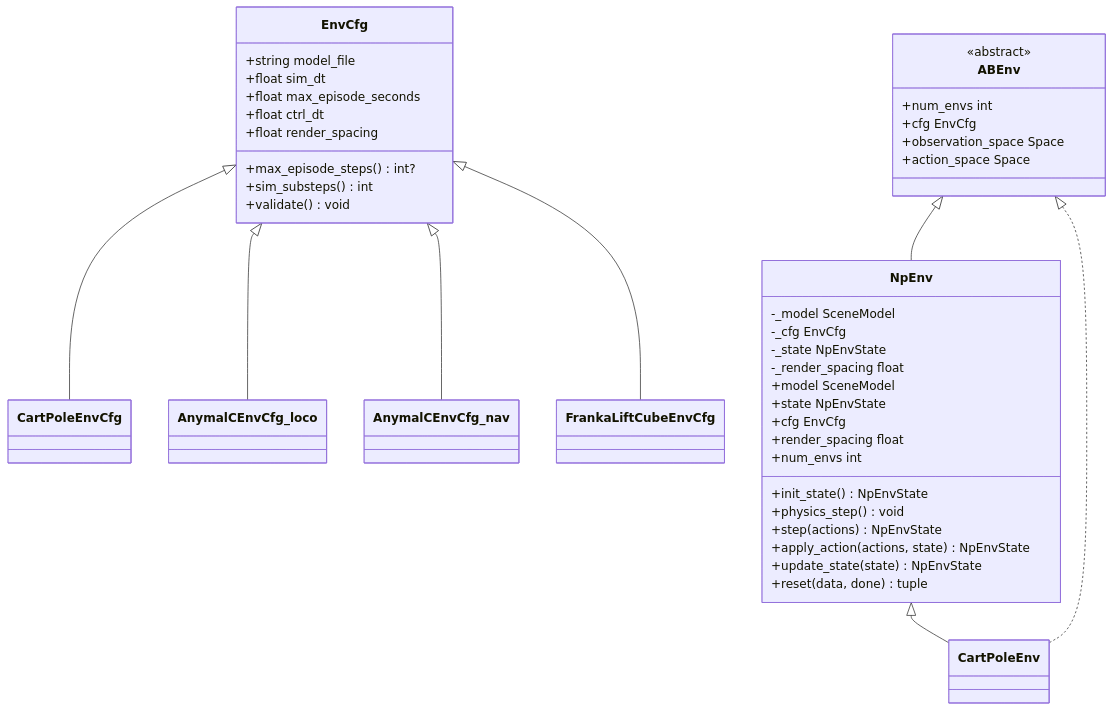
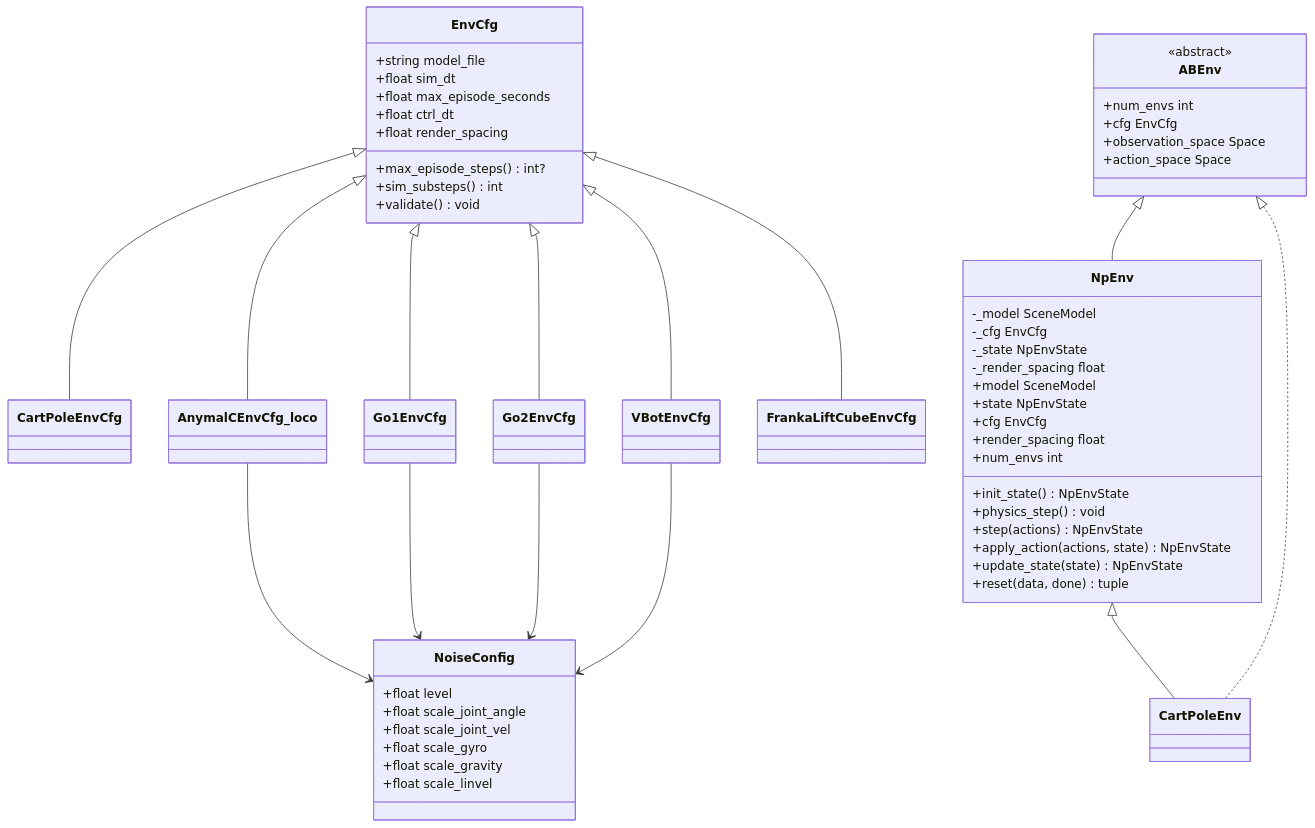
One commit to jayjayhust/MotrixLab changed the second of 7 diagrams in .qoder/repowiki/en/content/Environment System/Configuration Management.md. Above: the diagram before and after it, drawn with Mermaid. The commit also changed other lines of this file and 15 other files, not shown here.

````diff
--- a/.qoder/repowiki/en/content/Environment System/Configuration Management.md
+++ b/.qoder/repowiki/en/content/Environment System/Configuration Management.md
@@ -104,49 +125,65 @@
 ```mermaid
 classDiagram
 class EnvCfg {
 +string model_file
 +float sim_dt
 +float max_episode_seconds
 +float ctrl_dt
 +float render_spacing
 +max_episode_steps() int?
 +sim_substeps() int
 +validate() void
 }
 class ABEnv {
 <<abstract>>
 +num_envs int
 +cfg EnvCfg
 +observation_space Space
 +action_space Space
 }
 class NpEnv {
 -_model SceneModel
 -_cfg EnvCfg
 -_state NpEnvState
 -_render_spacing float
 +model SceneModel
 +state NpEnvState
 +cfg EnvCfg
 +render_spacing float
 +num_envs int
 +init_state() NpEnvState
 +physics_step() void
 +step(actions) NpEnvState
 +apply_action(actions, state) NpEnvState
 +update_state(state) NpEnvState
 +reset(data, done) tuple
 }
 class CartPoleEnvCfg
 class AnymalCEnvCfg_loco
-class AnymalCEnvCfg_nav
+class Go1EnvCfg
+class Go2EnvCfg
+class VBotEnvCfg
 class FrankaLiftCubeEnvCfg
 class CartPoleEnv
+class NoiseConfig {
++float level
++float scale_joint_angle
++float scale_joint_vel
++float scale_gyro
++float scale_gravity
++float scale_linvel
+}
 EnvCfg <|-- CartPoleEnvCfg
 EnvCfg <|-- AnymalCEnvCfg_loco
-EnvCfg <|-- AnymalCEnvCfg_nav
+EnvCfg <|-- Go1EnvCfg
+EnvCfg <|-- Go2EnvCfg
+EnvCfg <|-- VBotEnvCfg
 EnvCfg <|-- FrankaLiftCubeEnvCfg
 ABEnv <|-- NpEnv
 ABEnv <|.. CartPoleEnv
 NpEnv <|-- CartPoleEnv
+Go1EnvCfg --> NoiseConfig
+Go2EnvCfg --> NoiseConfig
+AnymalCEnvCfg_loco --> NoiseConfig
+VBotEnvCfg --> NoiseConfig
 ```
````
